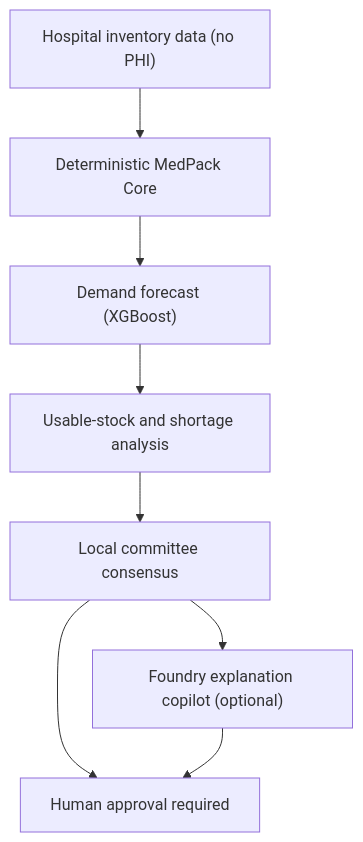
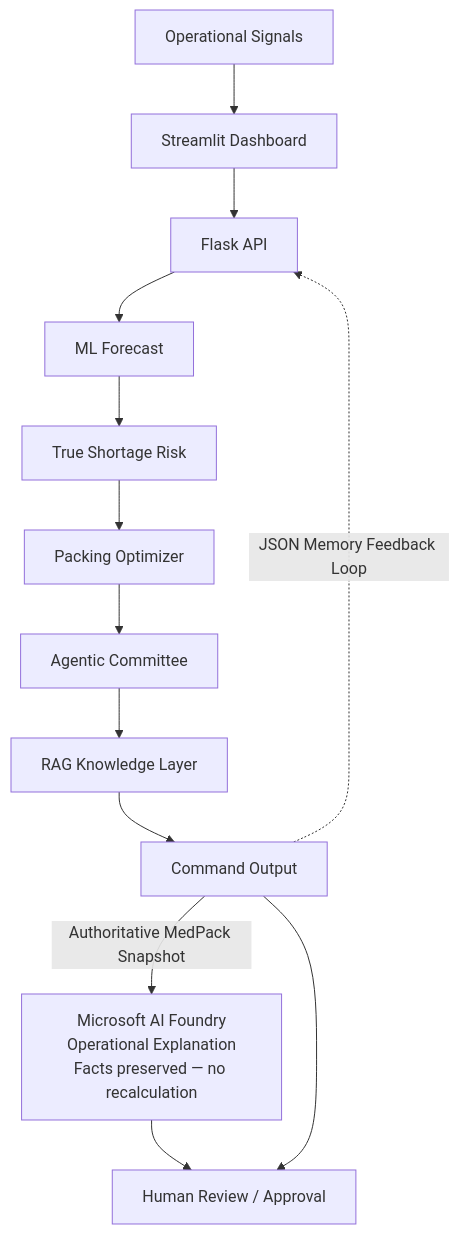
The diagram in README.md (draculess99/medpack-foundry-supply-copilot), drawn with Mermaid before and after one commit. The commit also changed other lines of this file and 1 other file, not shown here.

Commit message:
docs: Update README and architecture diagram with Microsoft AI Foundry details

````diff
--- a/README.md
+++ b/README.md
@@ -27,10 +27,16 @@
 ```mermaid
 flowchart TD
-    A["Hospital inventory data (no PHI)"] --> B["Deterministic MedPack Core"]
-    B --> C["Demand forecast (XGBoost)"]
-    C --> D["Usable-stock and shortage analysis"]
-    D --> E["Local committee consensus"]
-    E --> F["Foundry explanation copilot (optional)"]
-    E --> G["Human approval required"]
-    F --> G
+    A["Operational Signals"] --> B["Streamlit Dashboard"]
+    B --> C["Flask API"]
+    C --> D["ML Forecast"]
+    D --> E["True Shortage Risk"]
+    E --> F["Packing Optimizer"]
+    F --> G["Agentic Committee"]
+    G --> H["RAG Knowledge Layer"]
+    H --> I["Command Output"]
+
+    I -->|Authoritative MedPack Snapshot| J["Microsoft AI Foundry<br/>Operational Explanation<br/>Facts preserved — no recalculation"]
+    J --> K["Human Review / Approval"]
+    I --> K
+    I -.->|JSON Memory Feedback Loop| C
 ```
````
